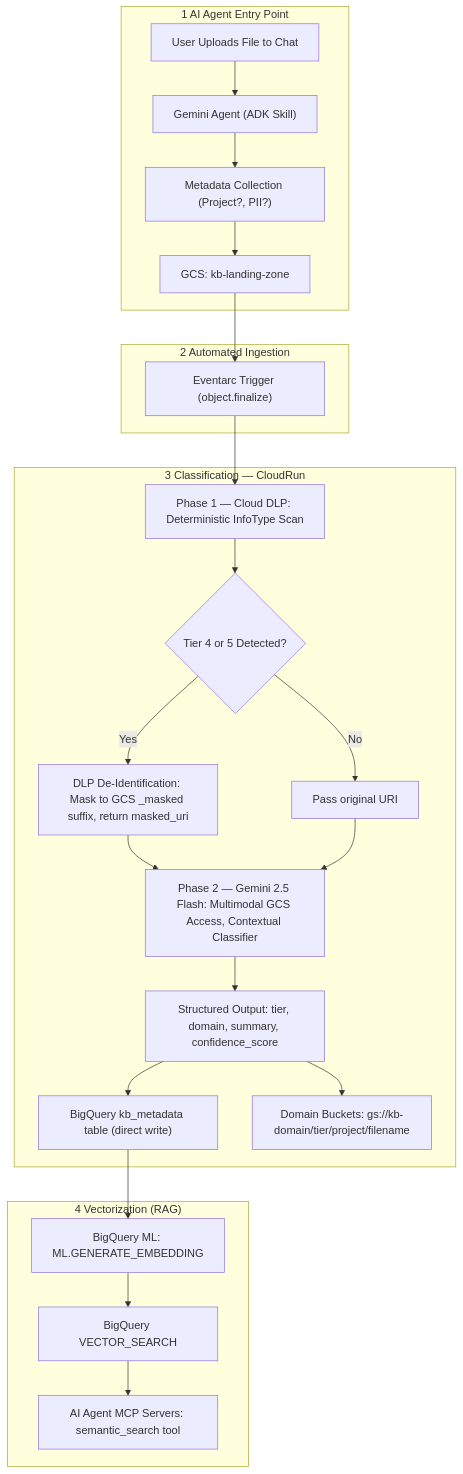
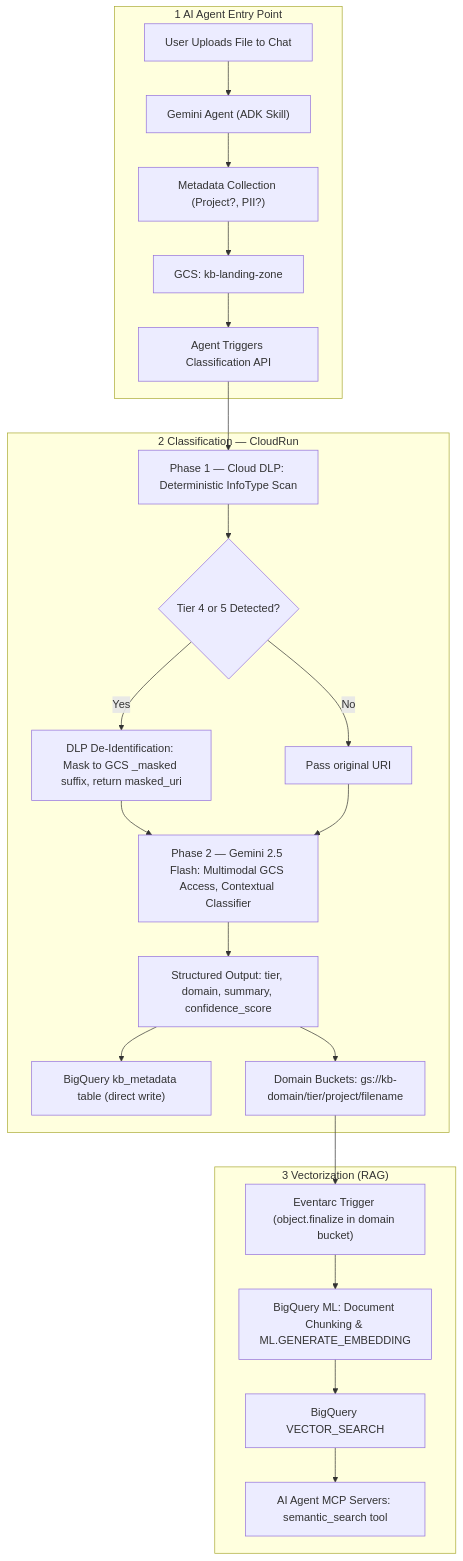
Before and after one commit to eamadorm-endava/Research-Agent: the diagram in docs/Data-Pipelines/Enterprise-Knowledge-Base/Design.md, drawn with Mermaid. The commit also changed other lines of this file, not shown here.

Commit message:
Modify Design.md file to allow the agent to execute the classification pipeline and return to the user info about where its file where stored

````diff
--- a/docs/Data-Pipelines/Enterprise-Knowledge-Base/Design.md
+++ b/docs/Data-Pipelines/Enterprise-Knowledge-Base/Design.md
@@ -27,30 +26,28 @@
 ```mermaid
 flowchart TD
-    subgraph AGENT["1 AI Agent Entry Point"]
-        Z["User Uploads File to Chat"] --> Y["Gemini Agent (ADK Skill)"]
-        Y --> X["Metadata Collection (Project?, PII?)"]
-        X --> B["GCS: kb-landing-zone"]
-    end
+    subgraph AGENT["1 AI Agent Entry Point"]
+        Z["User Uploads File to Chat"] --> Y["Gemini Agent (ADK Skill)"]
+        Y --> X["Metadata Collection (Project?, PII?)"]
+        X --> B["GCS: kb-landing-zone"]
+        B --> C["Agent Triggers Classification API"]
+    end
 
-    subgraph INGEST["2 Automated Ingestion"]
-        B --> C["Eventarc Trigger (object.finalize)"]
-    end
+    subgraph CLASSIFY["2 Classification — CloudRun"]
+        C --> D["Phase 1 — Cloud DLP: Deterministic InfoType Scan"]
+        D --> DG{"Tier 4 or 5 Detected?"}
+        DG -- Yes --> DM["DLP De-Identification: Mask to GCS _masked suffix, return masked_uri"]
+        DG -- No --> DP["Pass original URI"]
+        DM --> E["Phase 2 — Gemini 2.5 Flash: Multimodal GCS Access, Contextual Classifier"]
+        DP --> E
+        E --> F["Structured Output: tier, domain, summary, confidence_score"]
+        F --> K["BigQuery kb_metadata table (direct write)"]
+        F --> H["Domain Buckets: gs://kb-domain/tier/project/filename"]
+    end
 
-    subgraph CLASSIFY["3 Classification — CloudRun"]
-        C --> D["Phase 1 — Cloud DLP: Deterministic InfoType Scan"]
-        D --> DG{"Tier 4 or 5 Detected?"}
-        DG -- Yes --> DM["DLP De-Identification: Mask to GCS _masked suffix, return masked_uri"]
-        DG -- No --> DP["Pass original URI"]
-        DM --> E["Phase 2 — Gemini 2.5 Flash: Multimodal GCS Access, Contextual Classifier"]
-        DP --> E
-        E --> F["Structured Output: tier, domain, summary, confidence_score"]
-        F --> K["BigQuery kb_metadata table (direct write)"]
-        F --> H["Domain Buckets: gs://kb-domain/tier/project/filename"]
-    end
-
-    subgraph VECTOR["4 Vectorization (RAG)"]
-        K --> N["BigQuery ML: ML.GENERATE_EMBEDDING"]
-        N --> O["BigQuery VECTOR_SEARCH"]
-        O --> P["AI Agent MCP Servers: semantic_search tool"]
-    end
+    subgraph VECTOR["3 Vectorization (RAG)"]
+        H --> L["Eventarc Trigger (object.finalize in domain bucket)"]
+        L --> N["BigQuery ML: Document Chunking & ML.GENERATE_EMBEDDING"]
+        N --> O["BigQuery VECTOR_SEARCH"]
+        O --> P["AI Agent MCP Servers: semantic_search tool"]
+    end
 ```
````
